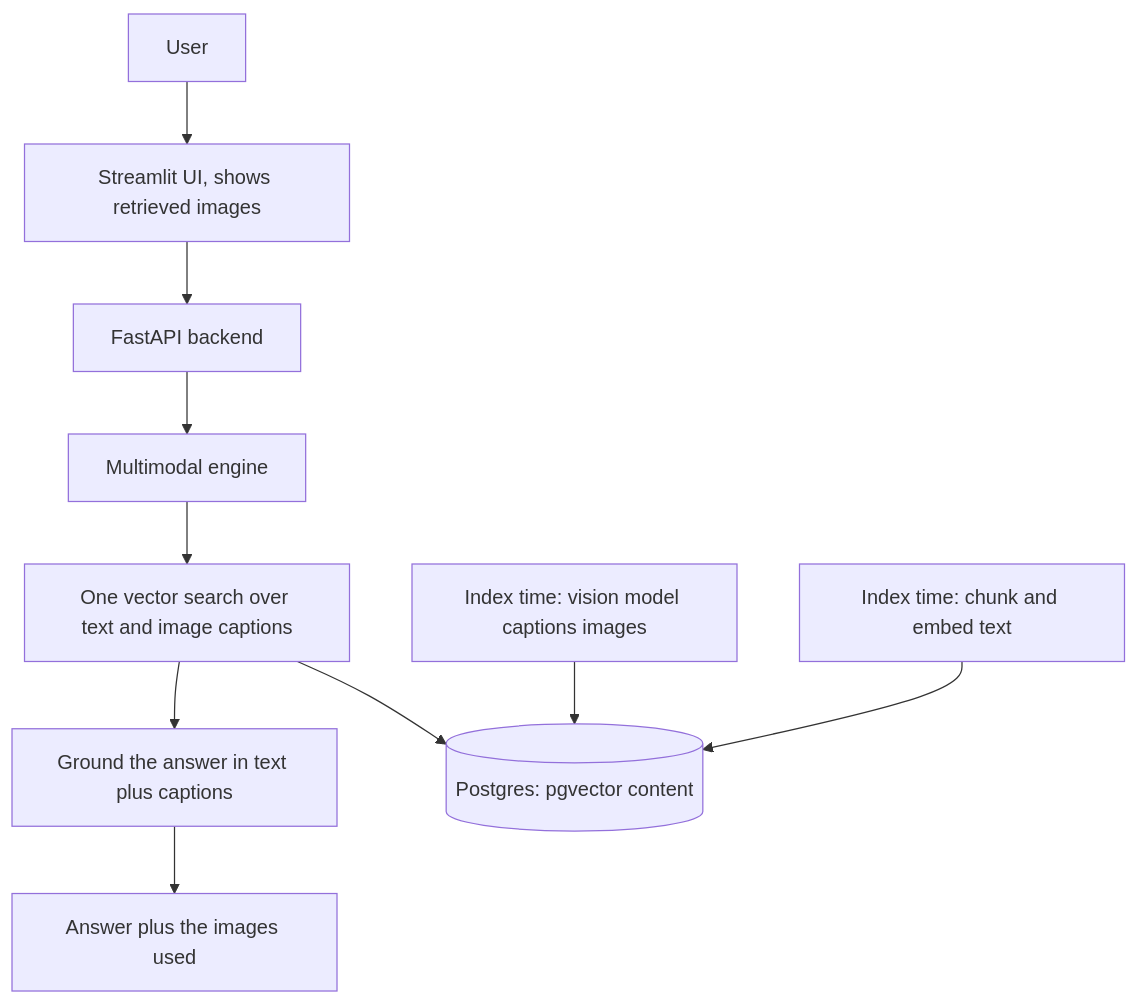
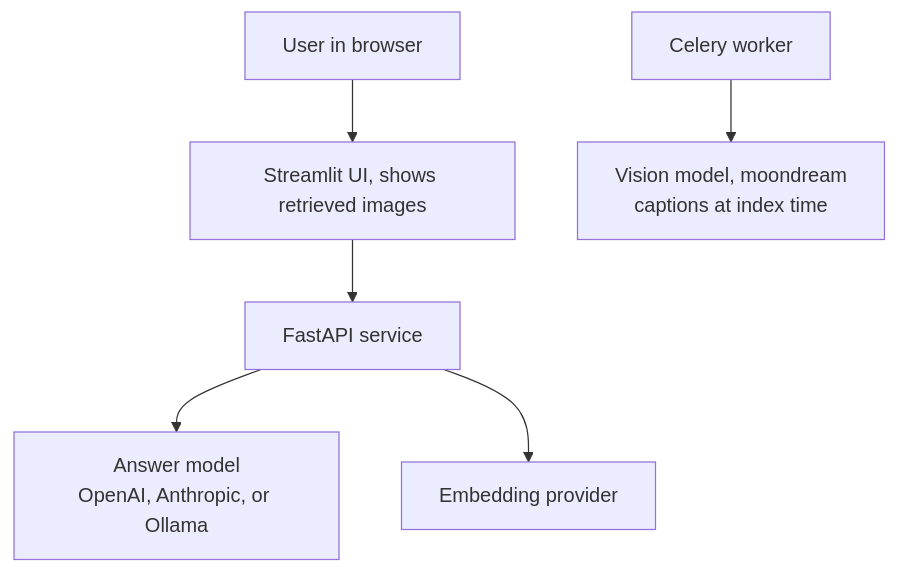
Before and after one commit to mlvpatel/rag-multimodal-2026: the first of 7 diagrams in README.md, drawn with Mermaid. The commit also changed other lines of this file, not shown here.

````diff
--- a/README.md
+++ b/README.md
@@ -49,12 +66,8 @@
 ```mermaid
 graph TD
-    User[User] --> UI[Streamlit UI, shows retrieved images]
-    UI --> API[FastAPI backend]
-    API --> Engine[Multimodal engine]
-    Engine --> Search[One vector search over text and image captions]
-    Search --> Ground[Ground the answer in text plus captions]
-    Ground --> Done[Answer plus the images used]
-    Search --> PG[(Postgres: pgvector content)]
-    ImgIngest[Index time: vision model captions images] --> PG
-    TxtIngest[Index time: chunk and embed text] --> PG
+    U[User in browser] --> ST[Streamlit UI, shows retrieved images]
+    ST --> API[FastAPI service]
+    API --> LLM[Answer model<br>OpenAI, Anthropic, or Ollama]
+    W[Celery worker] --> VLM[Vision model, moondream<br>captions at index time]
+    API --> EMB[Embedding provider]
 ```
````
